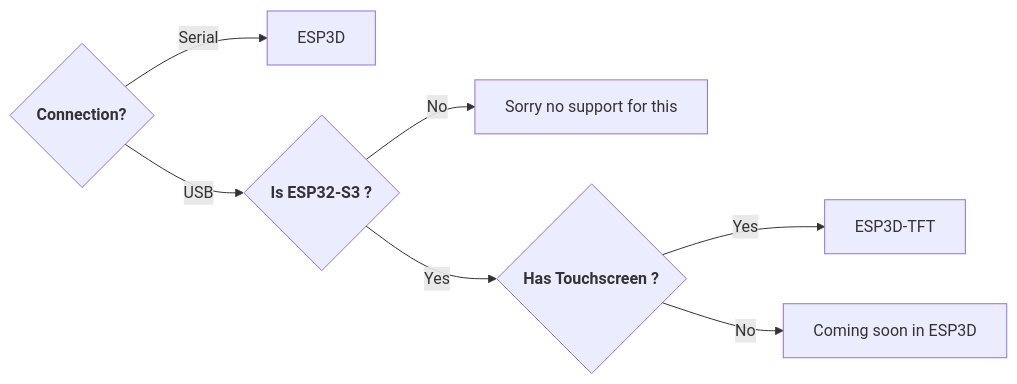
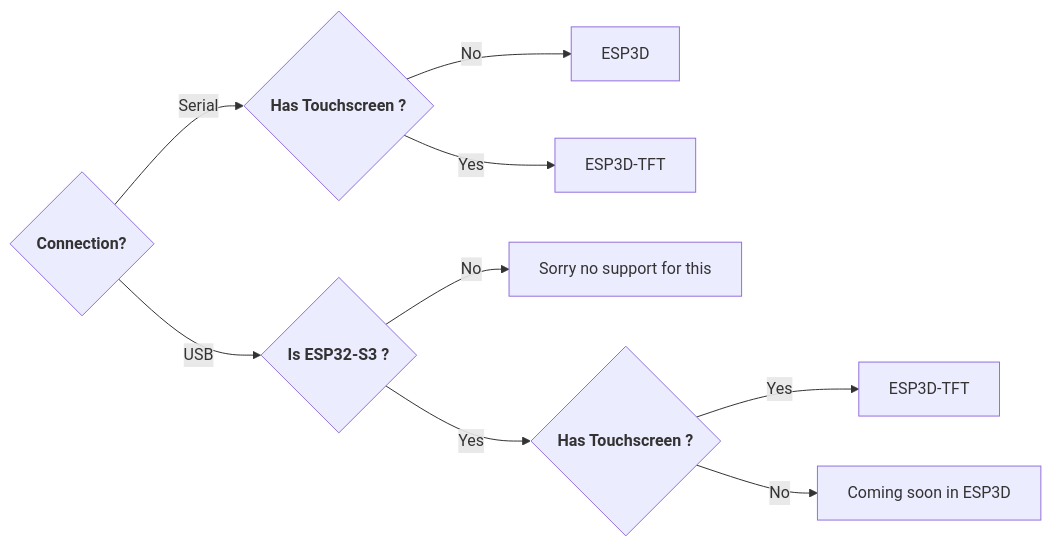
The second of 3 diagrams in src/content/_index.md (luc-github/esp3d.io), drawn with Mermaid before and after one commit.

```diff
--- a/src/content/_index.md
+++ b/src/content/_index.md
@@ -31,10 +31,12 @@
 {{< mermaid >}}
 %%{init:{"theme":"default"}}%%
 graph LR;
-    A{<strong>Connection?</strong>} -->|Serial| B[ESP3D]
+    A{<strong>Connection?</strong>} -->|Serial| B{<strong>Has Touchscreen ?</strong>} 
+    B -->|No|H[ESP3D]
+    B -->|Yes|I[ESP3D-TFT]
     A -->|USB| C{<strong>Is ESP32-S3 ?</strong>} 
     C -->|No| D[Sorry no support for this] 
     C -->|Yes| E{<strong>Has Touchscreen ?</strong>}
     E -->|Yes| F[ESP3D-TFT]
     E -->|No| G[Coming soon in ESP3D]
 {{< /mermaid >}}
```
